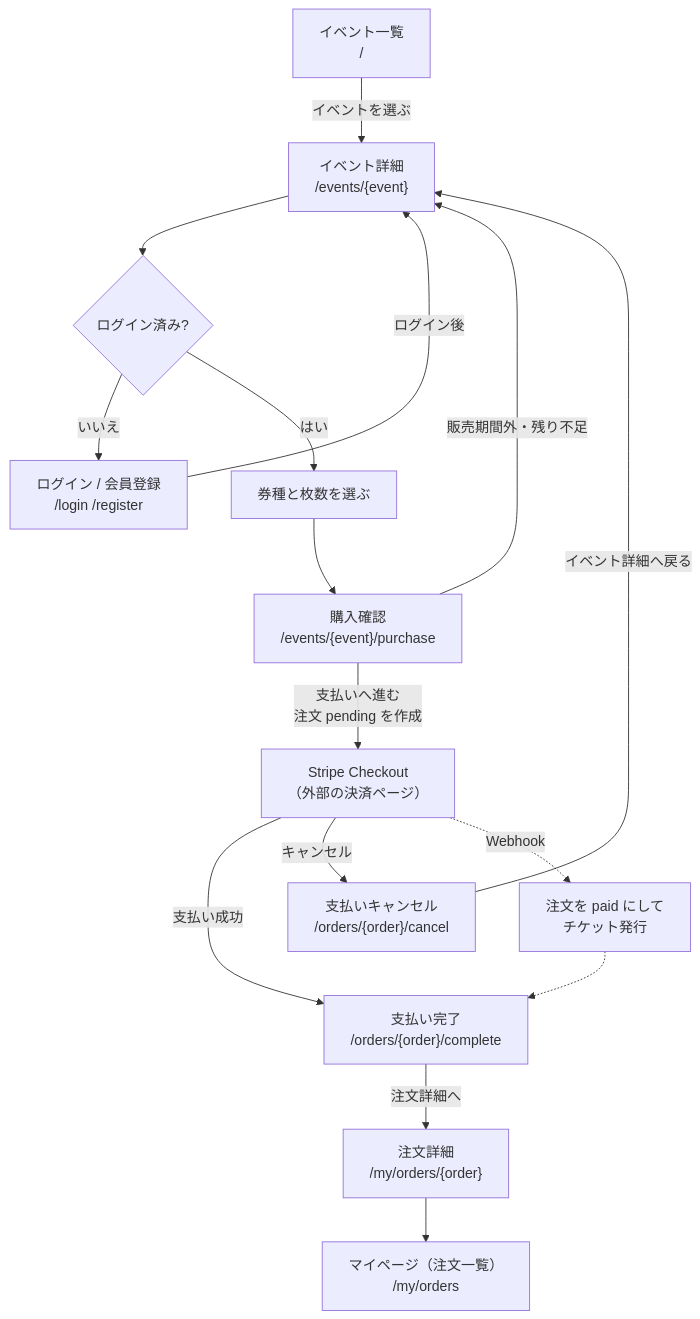
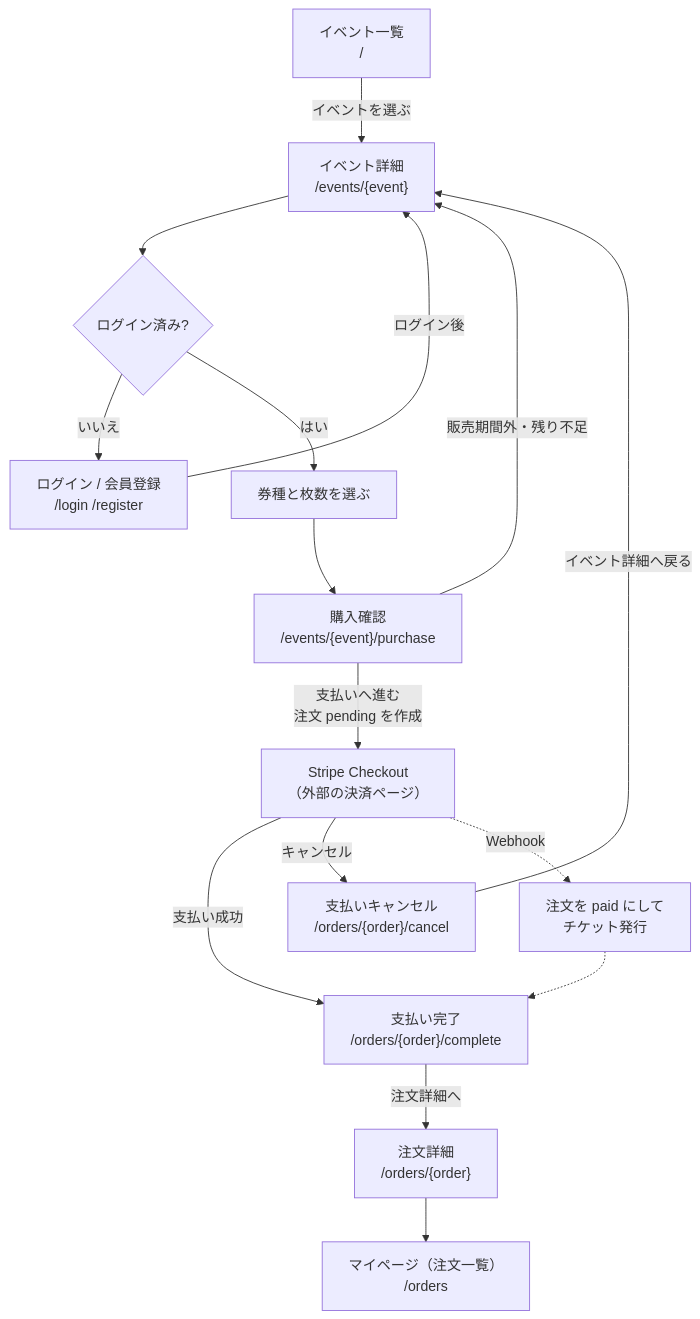
The diagram in doc/design/screens.md (ryota-u-GF/ticket-app), drawn with Mermaid before and after one commit. The commit also changed other lines of this file and 16 other files, not shown here.

````diff
--- a/doc/design/screens.md
+++ b/doc/design/screens.md
@@ -36,18 +36,18 @@
 ```mermaid
 flowchart TD
     A["イベント一覧<br/>/"] -->|イベントを選ぶ| B["イベント詳細<br/>/events/{event}"]
     B --> C{ログイン済み?}
     C -->|いいえ| D["ログイン / 会員登録<br/>/login /register"]
     D -->|ログイン後| B
     C -->|はい| E["券種と枚数を選ぶ"]
     E --> F["購入確認<br/>/events/{event}/purchase"]
     F -->|販売期間外・残り不足| B
     F -->|支払いへ進む<br/>注文 pending を作成| G["Stripe Checkout<br/>（外部の決済ページ）"]
     G -->|支払い成功| H["支払い完了<br/>/orders/{order}/complete"]
     G -->|キャンセル| I["支払いキャンセル<br/>/orders/{order}/cancel"]
     I -->|イベント詳細へ戻る| B
     G -.->|Webhook| W["注文を paid にして<br/>チケット発行"]
     W -.-> H
-    H -->|注文詳細へ| J["注文詳細<br/>/my/orders/{order}"]
-    J --> K["マイページ（注文一覧）<br/>/my/orders"]
+    H -->|注文詳細へ| J["注文詳細<br/>/orders/{order}"]
+    J --> K["マイページ（注文一覧）<br/>/orders"]
 ```
````
